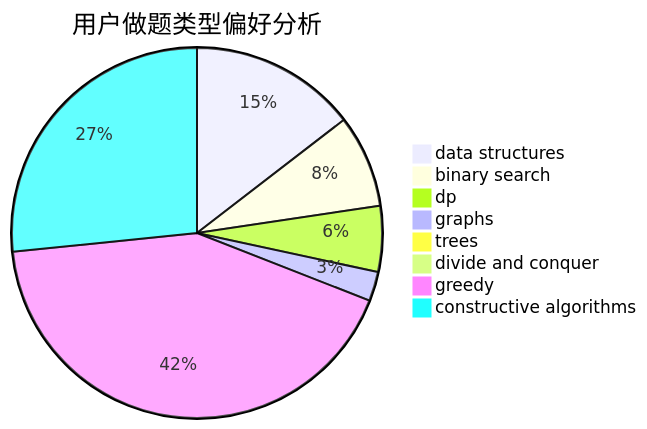
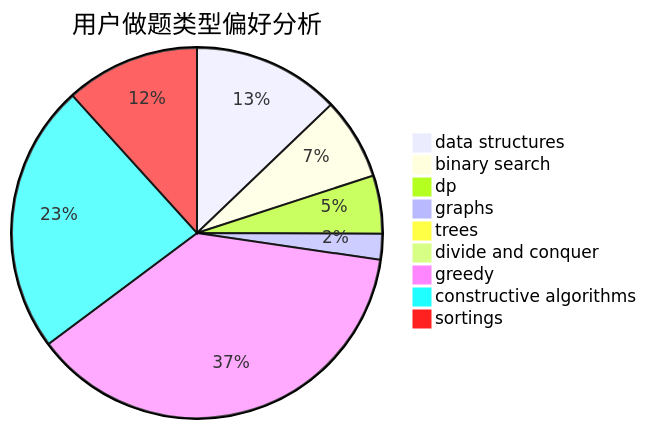
One commit to sherpahu/cfrs.github.io changed the second of 3 diagrams in docs/user/u1861.md. Above: the diagram before and after it, drawn with Mermaid. The commit also changed other lines of this file and 2769 other files, not shown here.

````diff
--- a/docs/user/u1861.md
+++ b/docs/user/u1861.md
@@ -23,11 +18,12 @@
 ```mermaid
 pie title 用户做题类型偏好分析
     "data structures" :  205
     "binary search" :  114
     "dp" :  81
     "graphs" :  36
     "trees" :  2
     "divide and conquer" :  0
     "greedy" :  598
     "constructive algorithms" :  375
+    "sortings" :  187
 ```
````
